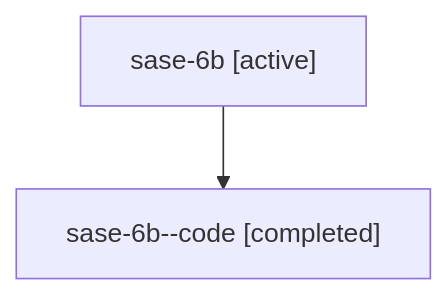
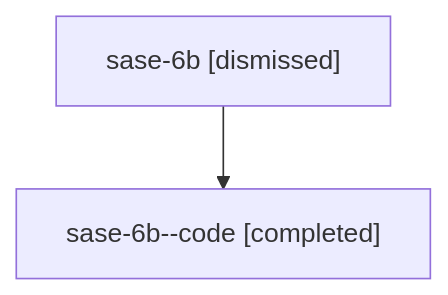
The diagram in sessions/bbugyi200.athena.sase-6b.md (sase-org/sase--agents), drawn with Mermaid before and after one commit. The commit also changed other lines of this file and 62 other files, not shown here.

````diff
--- a/sessions/bbugyi200.athena.sase-6b.md
+++ b/sessions/bbugyi200.athena.sase-6b.md
@@ -9,6 +9,6 @@
 ```mermaid
 flowchart TD
-  n0["sase-6b [active]"]
+  n0["sase-6b [dismissed]"]
   n1["sase-6b--code [completed]"]
   n0 --> n1
 ```
````
